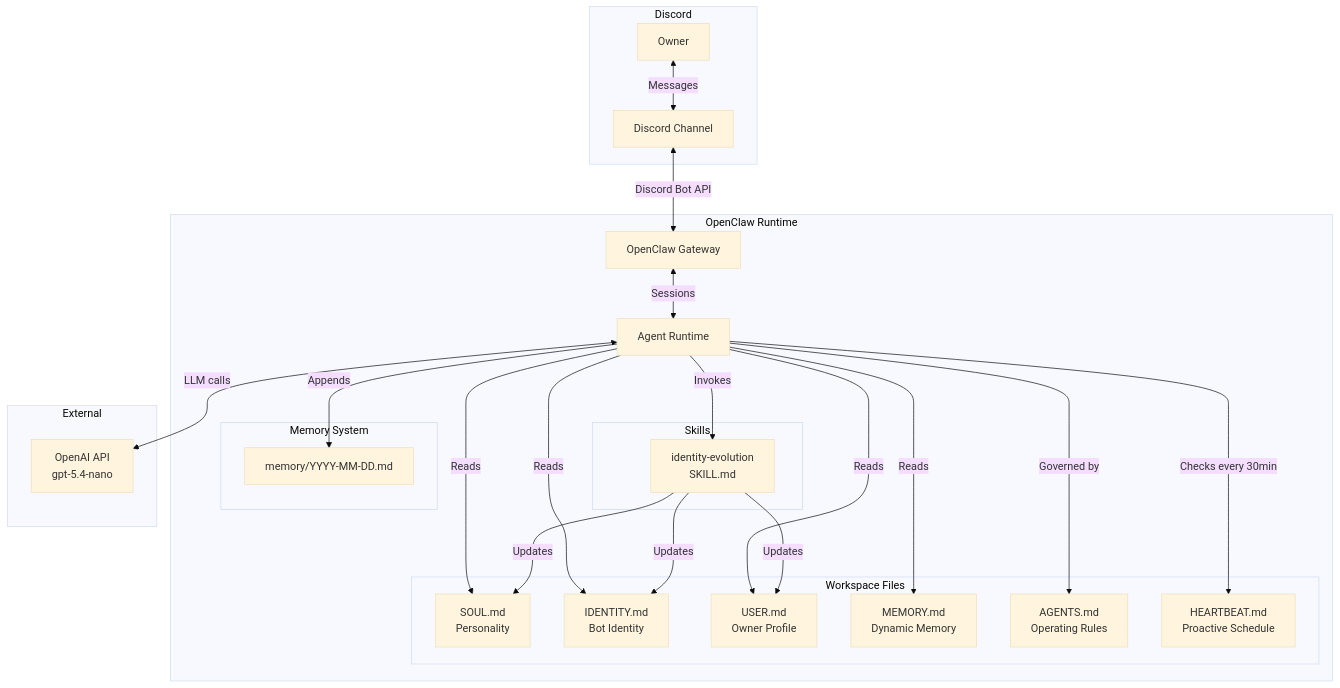
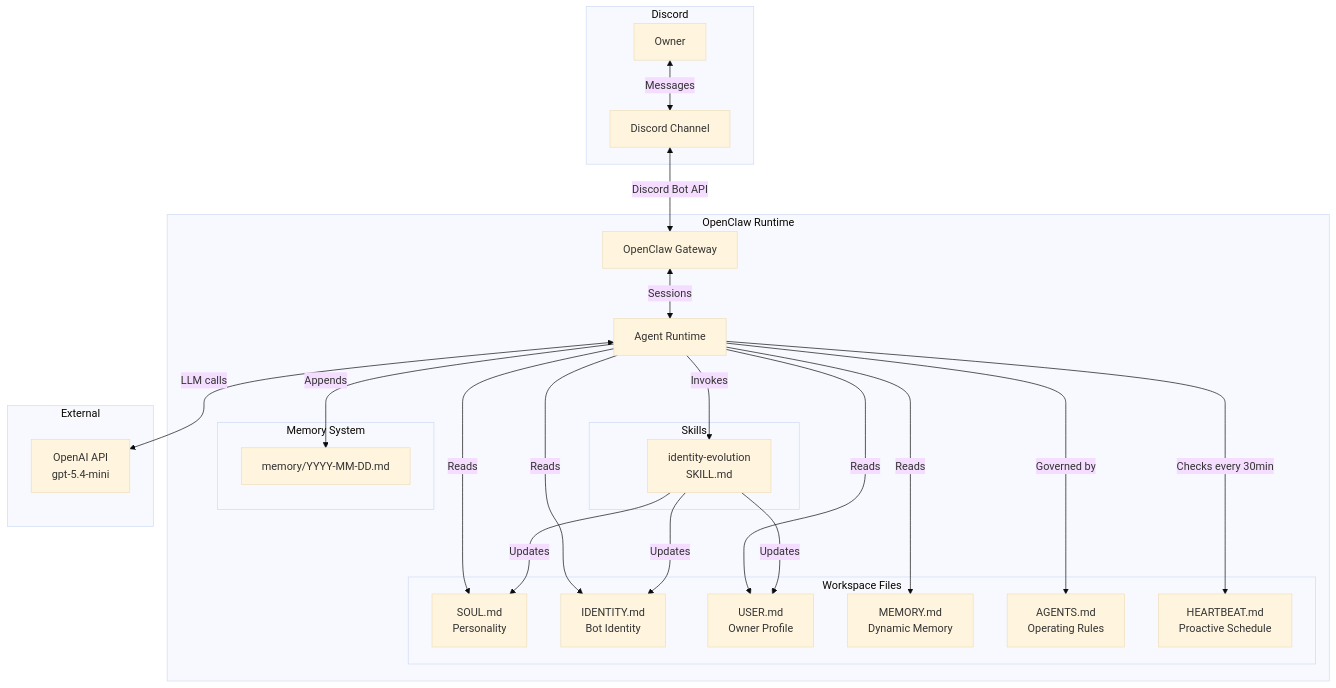
One commit to z75zhu/project-assistant changed the diagram in README.md. Above: the diagram before and after it, drawn with Mermaid (base theme). The commit also changed 2 other files, not shown here.

Commit message:
change model to mini

````diff
--- a/README.md
+++ b/README.md
@@ -40,44 +40,44 @@
 ```mermaid
 graph TB
     subgraph Discord
         Owner[Owner]
         Channel[Discord Channel]
     end
 
     subgraph OpenClaw Runtime
         Gateway[OpenClaw Gateway]
         Agent[Agent Runtime]
 
         subgraph Workspace Files
             SOUL[SOUL.md<br/>Personality]
             IDENTITY[IDENTITY.md<br/>Bot Identity]
             USER[USER.md<br/>Owner Profile]
             MEMORY[MEMORY.md<br/>Dynamic Memory]
             AGENTS[AGENTS.md<br/>Operating Rules]
             HEARTBEAT[HEARTBEAT.md<br/>Proactive Schedule]
         end
 
         subgraph Skills
             IES[identity-evolution<br/>SKILL.md]
         end
 
         subgraph Memory System
             DailyLogs[memory/YYYY-MM-DD.md]
         end
     end
 
     subgraph External
-        LLM[OpenAI API<br/>gpt-5.4-nano]
+        LLM[OpenAI API<br/>gpt-5.4-mini]
     end
 
     Owner <-->|Messages| Channel
     Channel <-->|Discord Bot API| Gateway
     Gateway <-->|Sessions| Agent
     Agent -->|Reads| SOUL & IDENTITY & USER & MEMORY
     Agent -->|Governed by| AGENTS
     Agent -->|Checks every 30min| HEARTBEAT
     Agent -->|Invokes| IES
     IES -->|Updates| SOUL & IDENTITY & USER
     Agent -->|Appends| DailyLogs
     Agent <-->|LLM calls| LLM
 ```
````
